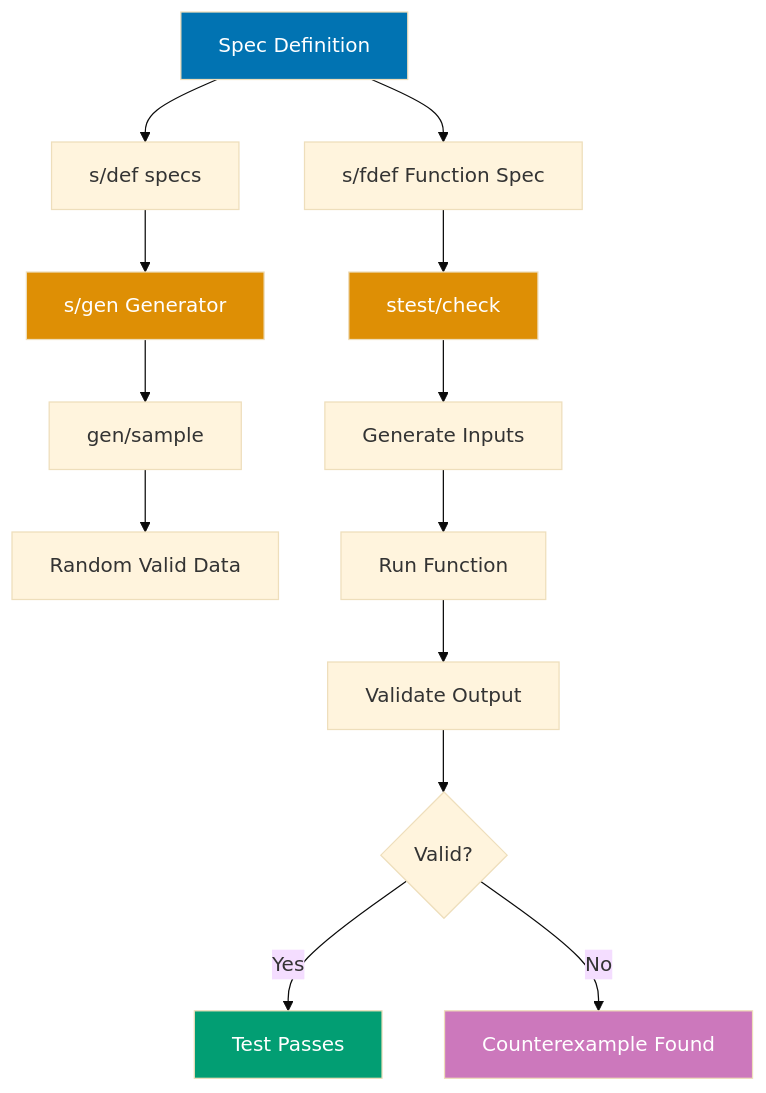
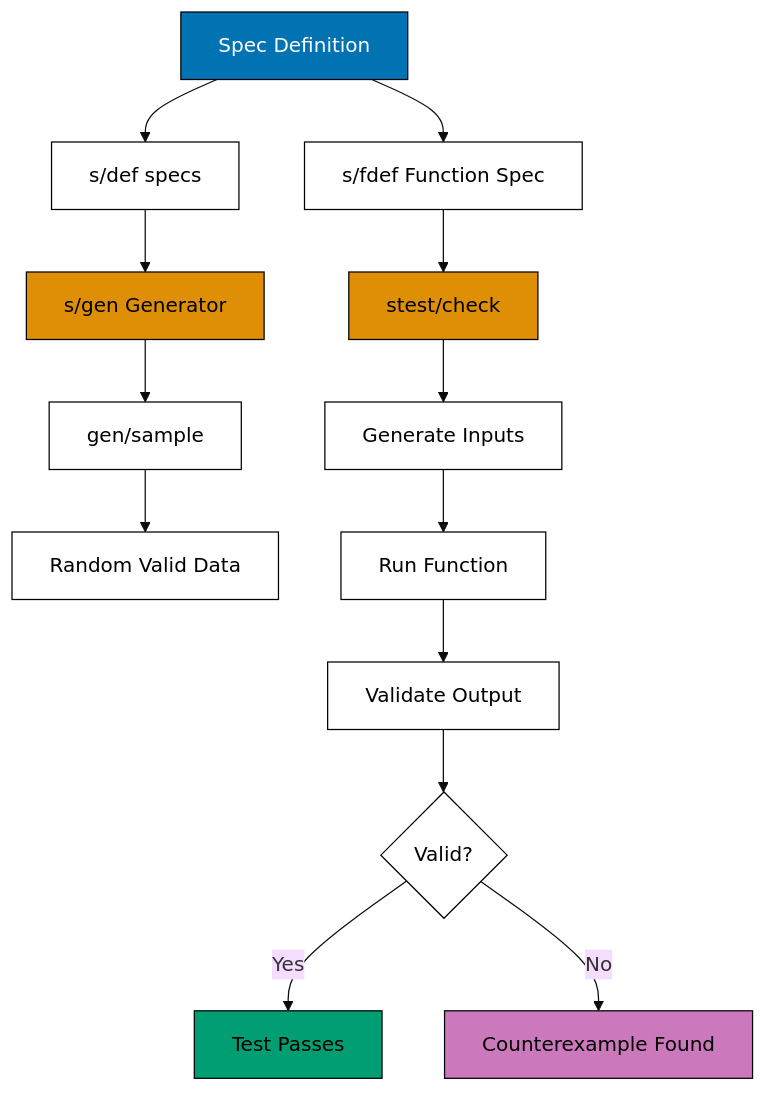
The tenth of 13 diagrams in apps/ayokoding-www/content/en/learn/legacy/software-engineering/programming-languages/clojure/by-example/advanced.md (wahidyankf/ose-public), drawn with Mermaid (base theme) before and after one commit. The commit also changed other lines of this file and 112 other files, not shown here.

First line of the commit message:
fix(mermaid): bring the legacy programming-languages diagrams onto the accessible palette

````diff
--- a/apps/ayokoding-www/content/en/learn/legacy/software-engineering/programming-languages/clojure/by-example/advanced.md
+++ b/apps/ayokoding-www/content/en/learn/legacy/software-engineering/programming-languages/clojure/by-example/advanced.md
@@ -959,23 +1009,30 @@
 ```mermaid
 %% Spec generative testing flow
 graph TD
+    accTitle: Example 69: Spec Generative Testing
+    accDescr: Graph with 13 nodes and 12 connections. Nodes: Spec Definition, s/def specs, s/gen Generator, gen/sample, Random Valid Data, s/fdef Function Spec, stest/check, Generate Inputs, Run Function, Validate Output, Valid?, Test Passes, and 1 more. Connections: Spec Definition to s/def specs, s/def specs to s/gen Generator, s/gen Generator to gen/sample, gen/sample to Random Valid Data, Spec Definition to s/fdef Function Spec, s/fdef Function Spec to stest/check, stest/check to Generate Inputs, Generate Inputs to Run Function, Run Function to Validate Output, Validate Output to Valid?, Valid? to Test Passes (Yes), Valid? to Counterexample Found (No).
     A[Spec Definition] --> B[s/def specs]
     B --> C[s/gen Generator]
     C --> D[gen/sample]
     D --> E[Random Valid Data]
 
     A --> F[s/fdef Function Spec]
     F --> G[stest/check]
     G --> H[Generate Inputs]
     H --> I[Run Function]
     I --> J[Validate Output]
     J --> K{Valid?}
     K -->|Yes| L[Test Passes]
     K -->|No| M[Counterexample Found]
 
-    style A fill:#0173B2,color:#fff
-    style C fill:#DE8F05,color:#fff
-    style G fill:#DE8F05,color:#fff
-    style L fill:#029E73,color:#fff
-    style M fill:#CC78BC,color:#fff
+    classDef pal-0173B2 fill:#0173B2,stroke:#000000,color:#FFFFFF
+    class A pal-0173B2
+    classDef pal-DE8F05 fill:#DE8F05,stroke:#000000,color:#000000
+    class C pal-DE8F05
+    class G pal-DE8F05
+    classDef pal-029E73 fill:#029E73,stroke:#000000,color:#000000
+    class L pal-029E73
+    classDef pal-CC78BC fill:#CC78BC,stroke:#000000,color:#000000
+    class M pal-CC78BC
+    classDef default fill:#FFFFFF,stroke:#000000,color:#000000
 ```
````
